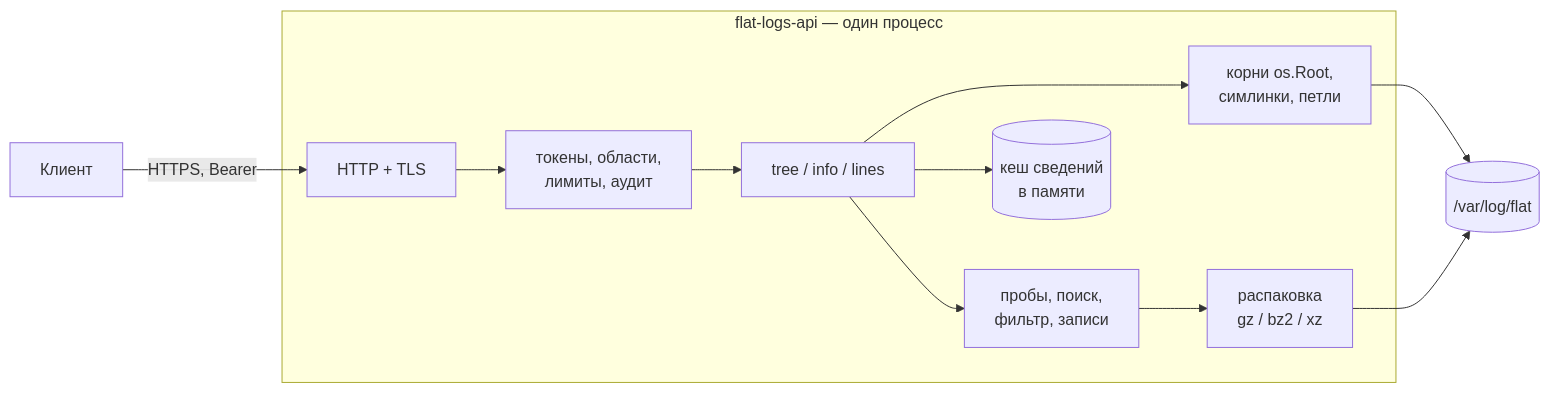
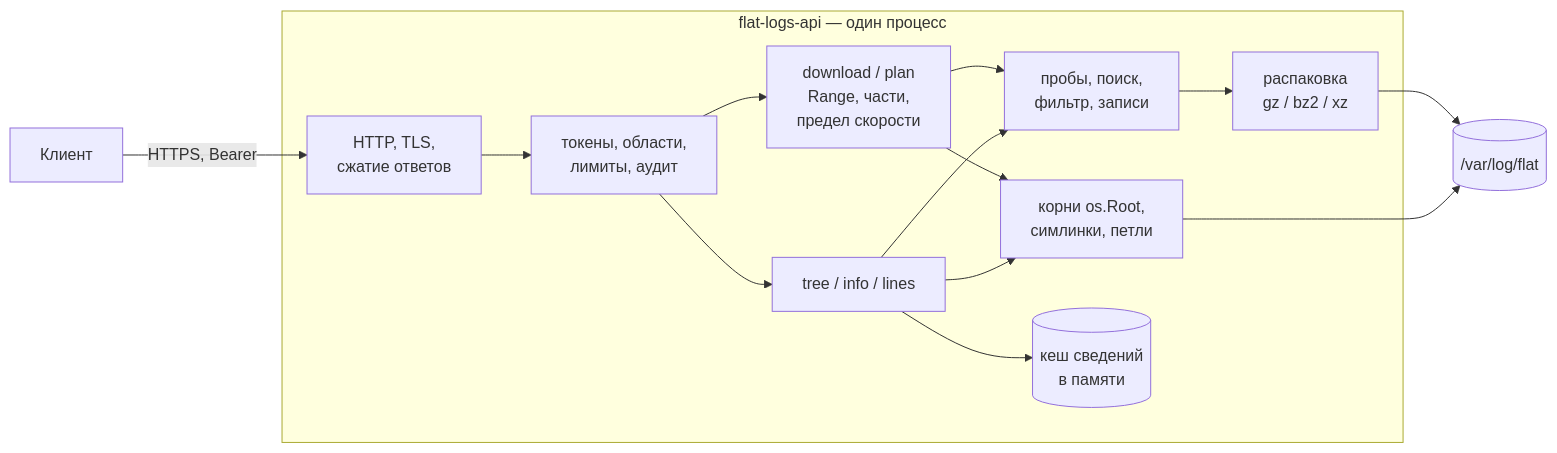
The fourth of 5 diagrams in agent_2/logs/02-design.md (Jlenin/Flat_chek), drawn with Mermaid before and after one commit. The commit also changed other lines of this file and 2 other files, not shown here.

````diff
--- a/agent_2/logs/02-design.md
+++ b/agent_2/logs/02-design.md
@@ -970,14 +1269,17 @@
 ```mermaid
 flowchart LR
-  C["Клиент"] -->|"HTTPS, Bearer"| H["HTTP + TLS"]
+  C["Клиент"] -->|"HTTPS, Bearer"| H["HTTP, TLS,<br/>сжатие ответов"]
   subgraph SVC["flat-logs-api — один процесс"]
     H --> AU["токены, области,<br/>лимиты, аудит"]
     AU --> T["tree / info / lines"]
+    AU --> D["download / plan<br/>Range, части,<br/>предел скорости"]
     T --> FS["корни os.Root,<br/>симлинки, петли"]
+    D --> FS
     T --> PR["пробы, поиск,<br/>фильтр, записи"]
+    D --> PR
     PR --> DC["распаковка<br/>gz / bz2 / xz"]
     T --> CA[("кеш сведений<br/>в памяти")]
   end
   FS --> F[("/var/log/flat")]
   DC --> F
 ```
````
